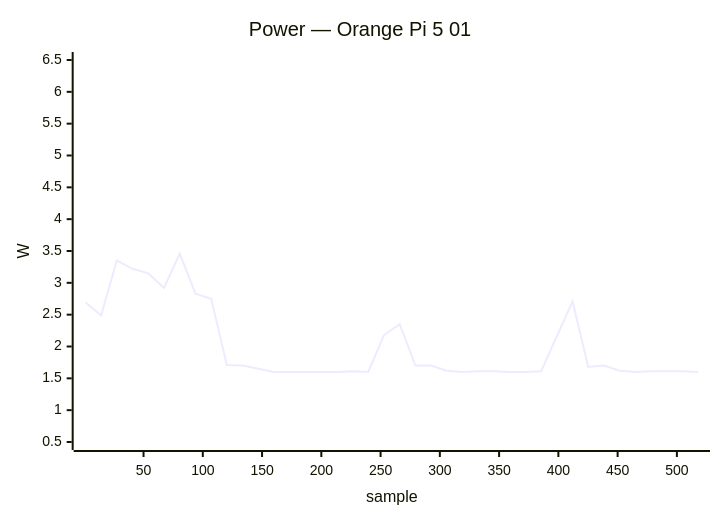
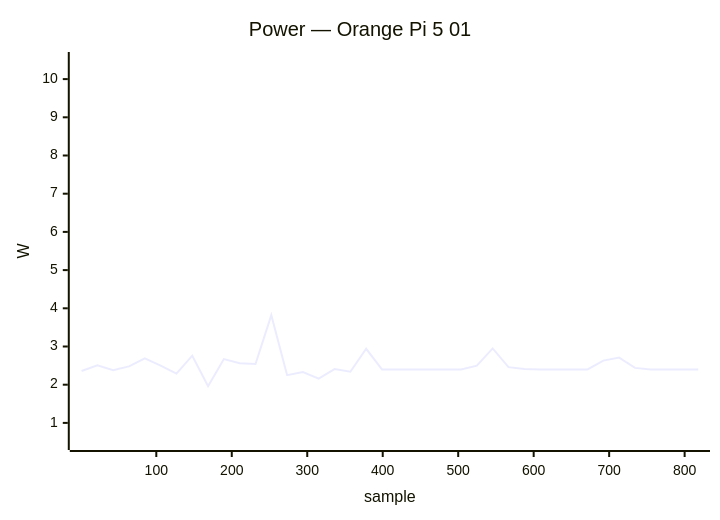
The third of 40 diagrams in docs/status/board-tests.md (armbian/documentation), drawn with Mermaid before and after one commit. The commit also changed other lines of this file, not shown here.

````diff
--- a/docs/status/board-tests.md
+++ b/docs/status/board-tests.md
@@ -140,7 +140,7 @@
 ```mermaid
 xychart-beta
     title "Power — Orange Pi 5 01"
-    x-axis "sample" 1 --> 518
-    y-axis "W" 0.5 --> 6.5
-    line [2.69, 2.49, 3.35, 3.22, 3.15, 2.92, 3.46, 2.83, 2.75, 1.71, 1.70, 1.65, 1.60, 1.60, 1.60, 1.60, 1.60, 1.61, 1.60, 2.18, 2.35, 1.70, 1.70, 1.62, 1.60, 1.61, 1.61, 1.60, 1.60, 1.61, 2.16, 2.71, 1.68, 1.70, 1.62, 1.60, 1.61, 1.61, 1.61, 1.60]
+    x-axis "sample" 1 --> 818
+    y-axis "W" 0.5 --> 10.5
+    line [2.36, 2.51, 2.38, 2.48, 2.69, 2.50, 2.29, 2.76, 1.96, 2.67, 2.56, 2.54, 3.82, 2.25, 2.33, 2.16, 2.41, 2.34, 2.94, 2.40, 2.40, 2.40, 2.40, 2.40, 2.40, 2.50, 2.95, 2.46, 2.41, 2.40, 2.40, 2.40, 2.40, 2.63, 2.71, 2.44, 2.40, 2.40, 2.40, 2.40]
 ```
````
